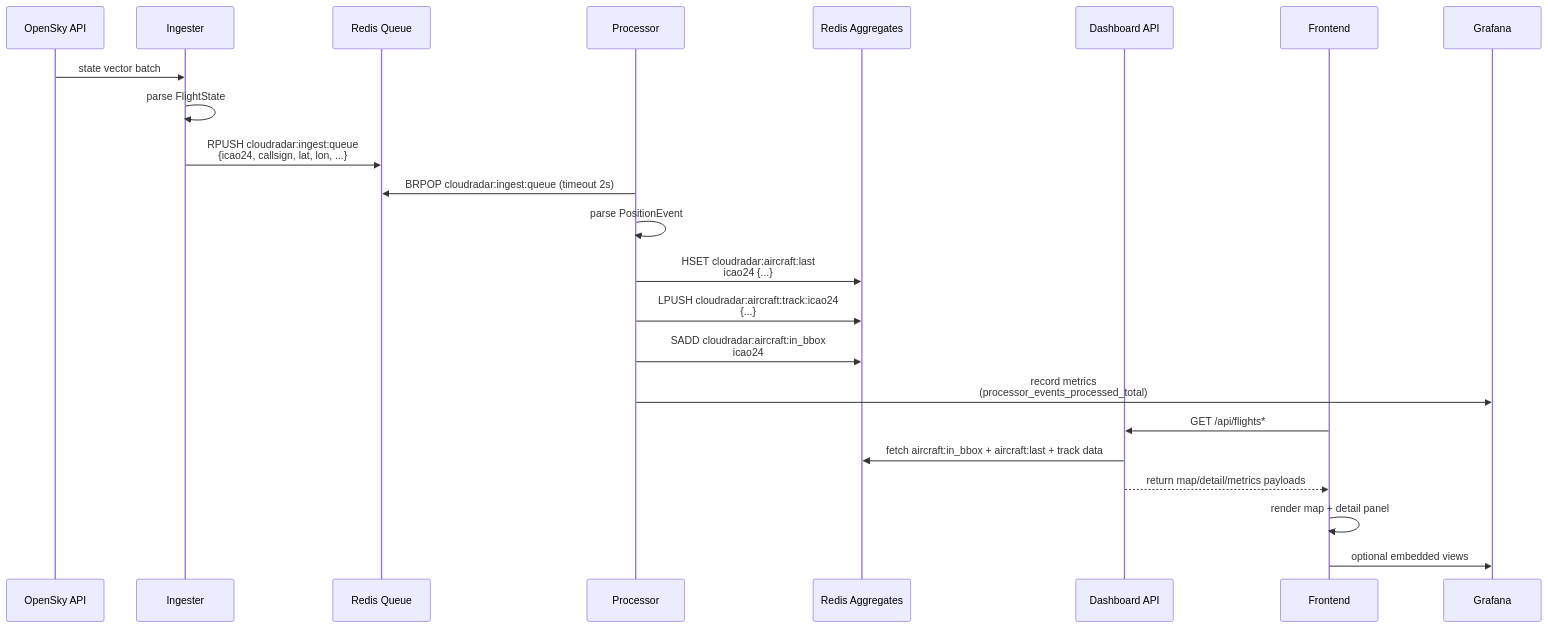
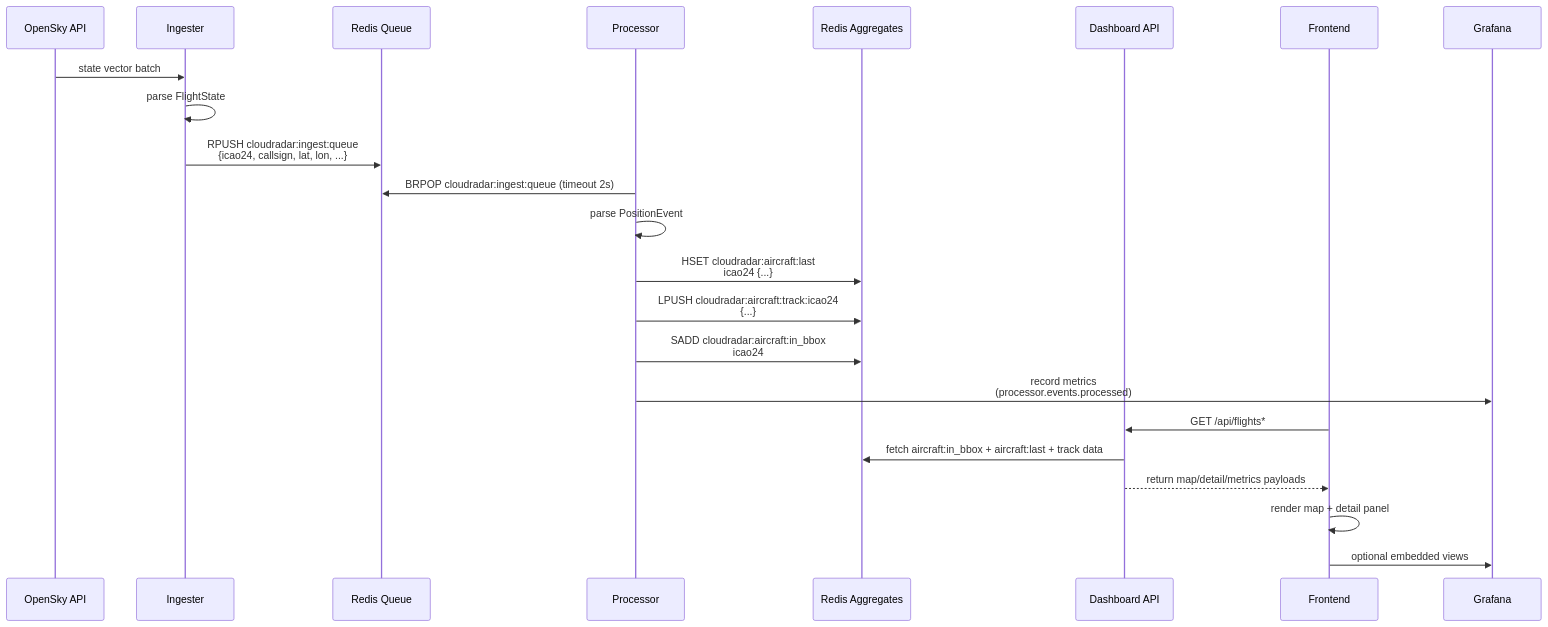
Before and after one commit to ClementV78/CloudRadar: the eighth of 8 diagrams in docs/architecture/application-architecture.md, drawn with Mermaid. The commit also changed other lines of this file and 14 other files, not shown here.

````diff
--- a/docs/architecture/application-architecture.md
+++ b/docs/architecture/application-architecture.md
@@ -499,28 +526,28 @@
 ```mermaid
 sequenceDiagram
     participant OpenSky as OpenSky API
     participant Ingester
     participant Redis as Redis Queue
     participant Processor
     participant RedisAgg as Redis Aggregates
     participant DashboardAPI as Dashboard API
     participant Frontend
     participant Grafana
 
     OpenSky->>Ingester: state vector batch
     Ingester->>Ingester: parse FlightState
     Ingester->>Redis: RPUSH cloudradar:ingest:queue<br/>{icao24, callsign, lat, lon, ...}
     
     Processor->>Redis: BRPOP cloudradar:ingest:queue (timeout 2s)
     Processor->>Processor: parse PositionEvent
     Processor->>RedisAgg: HSET cloudradar:aircraft:last<br/>icao24 {...}
     Processor->>RedisAgg: LPUSH cloudradar:aircraft:track:icao24<br/>{...}
     Processor->>RedisAgg: SADD cloudradar:aircraft:in_bbox<br/>icao24
-    Processor->>Grafana: record metrics<br/>(processor_events_processed_total)
+    Processor->>Grafana: record metrics<br/>(processor.events.processed)
     
     Frontend->>DashboardAPI: GET /api/flights*
     DashboardAPI->>RedisAgg: fetch aircraft:in_bbox + aircraft:last + track data
     DashboardAPI-->>Frontend: return map/detail/metrics payloads
     Frontend->>Frontend: render map + detail panel
     Frontend->>Grafana: optional embedded views
 ```
````
